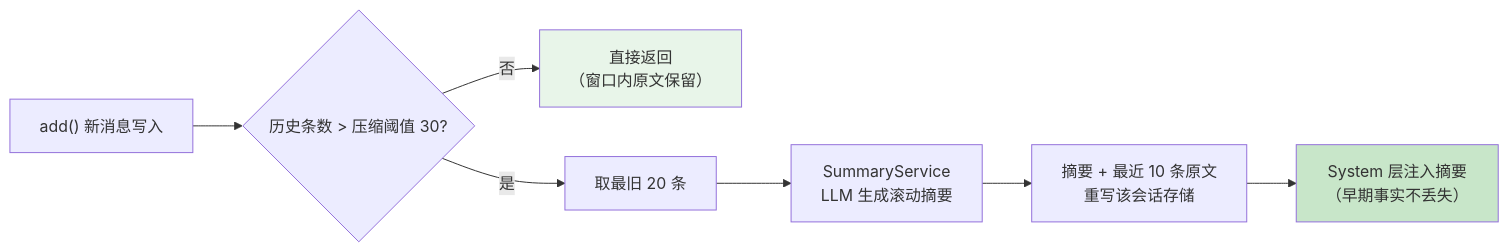
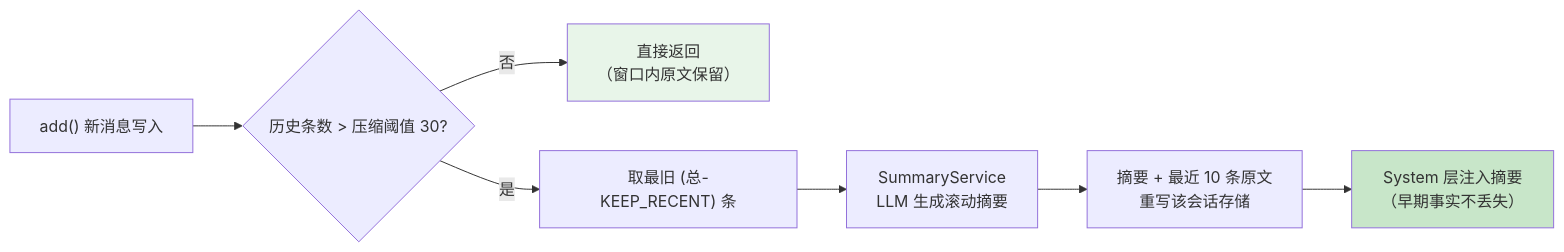
Before and after one commit to UranusGit/java-agent-learn: the fourth of 4 diagrams in docs/项目/00-智能客服系统/06-意图识别与多轮对话深化.md, drawn with Mermaid. The commit also changed other lines of this file and 9 other files, not shown here.

Commit message:
完成demo01/06-意图识别与多轮对话深化.md的实践

````diff
--- a/docs/项目/00-智能客服系统/06-意图识别与多轮对话深化.md
+++ b/docs/项目/00-智能客服系统/06-意图识别与多轮对话深化.md
@@ -512,12 +512,12 @@
 ```mermaid
 flowchart LR
     A["add() 新消息写入"] --> B{"历史条数 > 压缩阈值 30?"}
     B -->|"否"| K["直接返回<br/>（窗口内原文保留）"]
-    B -->|"是"| C["取最旧 20 条"]
+    B -->|"是"| C["取最旧 (总-KEEP_RECENT) 条"]
     C --> D["SummaryService<br/>LLM 生成滚动摘要"]
     D --> E["摘要 + 最近 10 条原文<br/>重写该会话存储"]
     E --> F["System 层注入摘要<br/>（早期事实不丢失）"]
 
     style K fill:#e8f5e9
     style F fill:#c8e6c9
 ```
````
